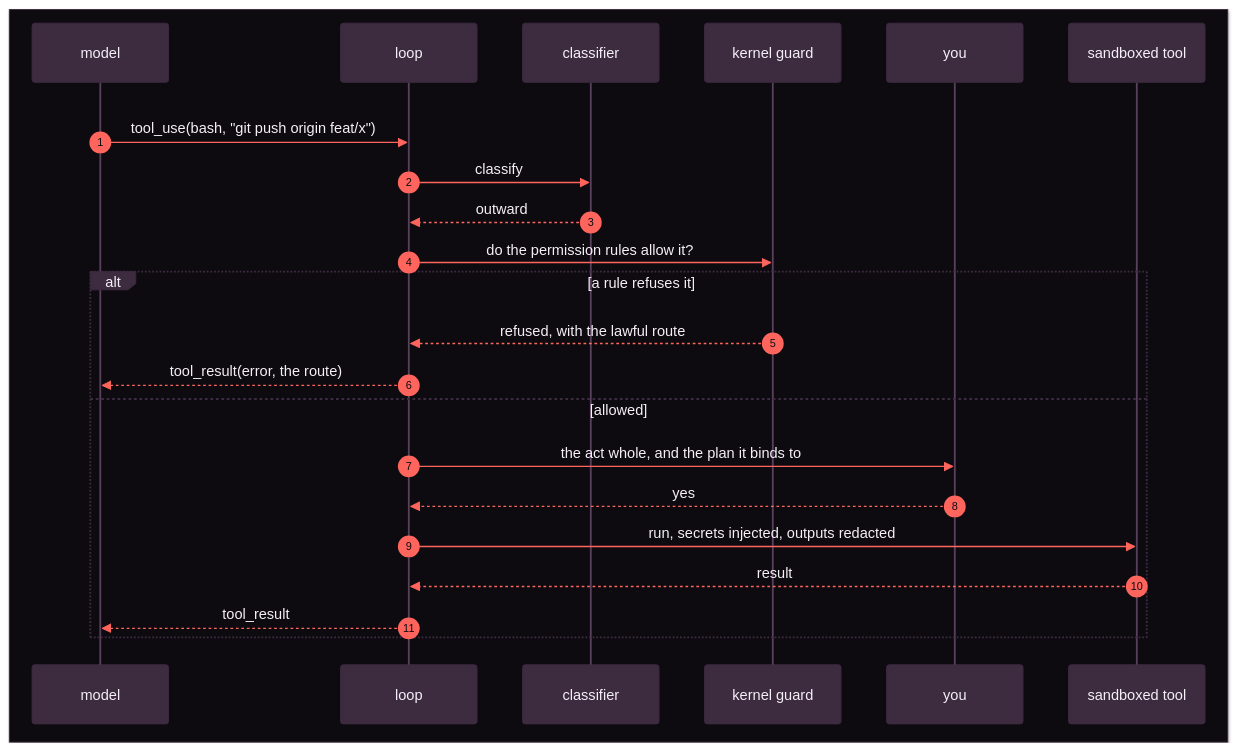
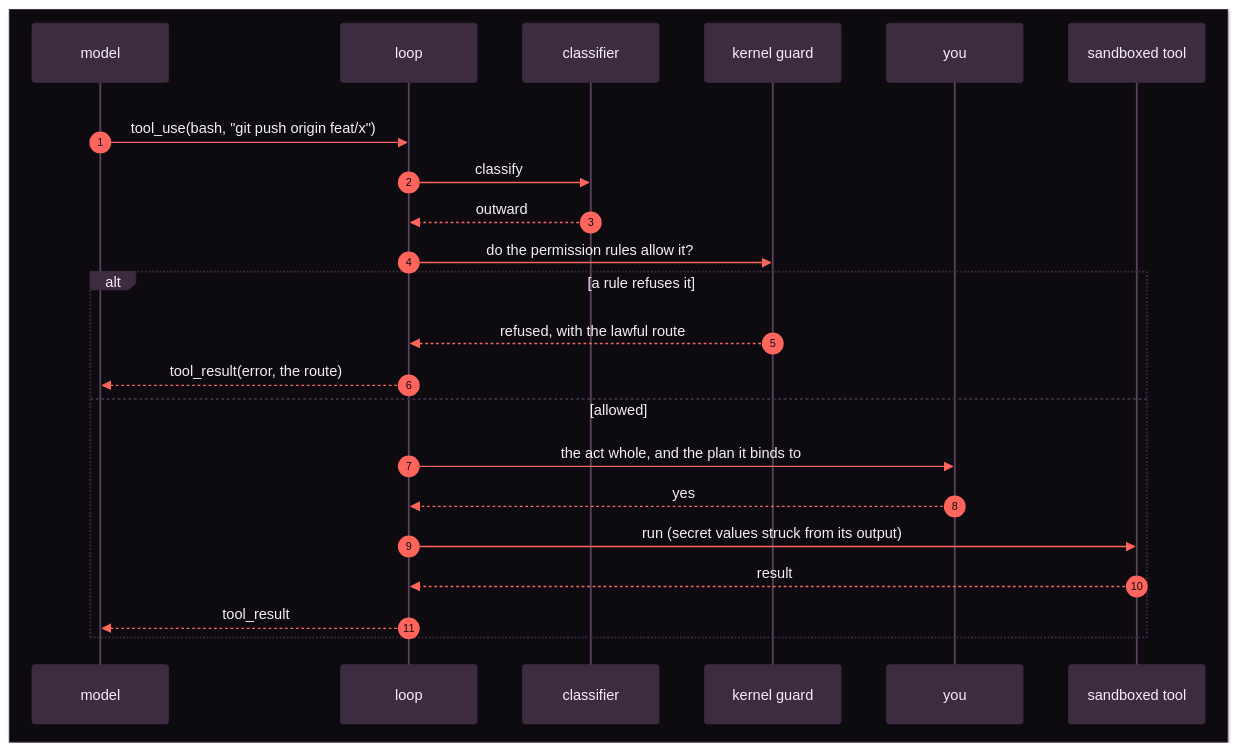
Before and after one commit to Kaginari/mikata: the second of 2 diagrams in docs/02-loop.md, drawn with Mermaid. The commit also changed other lines of this file and 4 other files, not shown here.

````diff
--- a/docs/02-loop.md
+++ b/docs/02-loop.md
@@ -128,80 +121,80 @@
 ```mermaid
 ---
 config:
   theme: base
   themeVariables:
     darkMode: true
     background: "#0d0b10"
     fontFamily: "Inter, Segoe UI, system-ui, -apple-system, Helvetica, Arial, sans-serif"
     fontSize: "15px"
     primaryColor: "#3d2b40"
     primaryTextColor: "#f5eff7"
     primaryBorderColor: "#3d2b40"
     secondaryColor: "#59405d"
     secondaryTextColor: "#f5eff7"
     secondaryBorderColor: "#59405d"
     tertiaryColor: "#16111b"
     tertiaryTextColor: "#f5eff7"
     tertiaryBorderColor: "#3d2b40"
     lineColor: "#ff168a"
     textColor: "#f5eff7"
     titleColor: "#f5eff7"
     edgeLabelBackground: "#0d0b10"
     clusterBkg: "#16111b"
     clusterBorder: "#3d2b40"
     noteBkgColor: "#ffb020"
     noteTextColor: "#1a1205"
     noteBorderColor: "#ffb020"
     actorBkg: "#3d2b40"
     actorBorder: "#3d2b40"
     actorTextColor: "#f5eff7"
     actorLineColor: "#59405d"
     signalColor: "#ff655c"
     signalTextColor: "#f5eff7"
     labelBoxBkgColor: "#3d2b40"
     labelBoxBorderColor: "#3d2b40"
     labelTextColor: "#f5eff7"
     loopTextColor: "#f5eff7"
     activationBkgColor: "#ff168a"
     activationBorderColor: "#ff168a"
     sequenceNumberColor: "#0d0b10"
     transitionColor: "#ff168a"
     transitionLabelColor: "#f5eff7"
     stateLabelColor: "#f5eff7"
     stateBkg: "#3d2b40"
     labelBackgroundColor: "#0d0b10"
     compositeBackground: "#16111b"
     compositeTitleBackground: "#3d2b40"
     altBackground: "#16111b"
     specialStateColor: "#b6f542"
     innerEndBackground: "#b6f542"
   flowchart:
     wrappingWidth: 360
 ---
 sequenceDiagram
     autonumber
     box rgb(13, 11, 16)
       participant M as model
       participant L as loop
       participant C as classifier
       participant G as kernel guard
       participant H as you
       participant X as sandboxed tool
     end
     rect rgb(13, 11, 16)
       M->>L: tool_use(bash, "git push origin feat/x")
       L->>C: classify
       C-->>L: outward
       L->>G: do the permission rules allow it?
       alt a rule refuses it
         G-->>L: refused, with the lawful route
         L-->>M: tool_result(error, the route)
       else allowed
         L->>H: the act whole, and the plan it binds to
         H-->>L: yes
-        L->>X: run, secrets injected, outputs redacted
+        L->>X: run (secret values struck from its output)
         X-->>L: result
         L-->>M: tool_result
       end
     end
 ```
````
